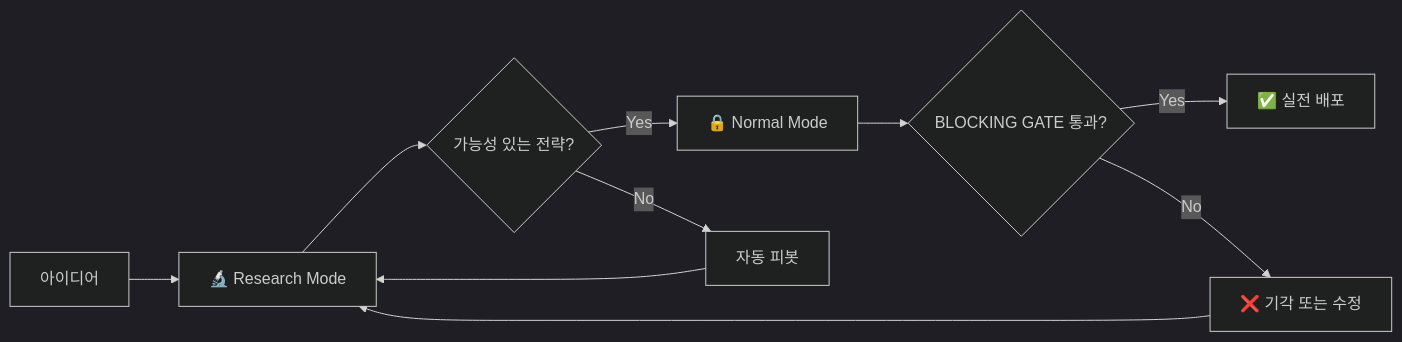
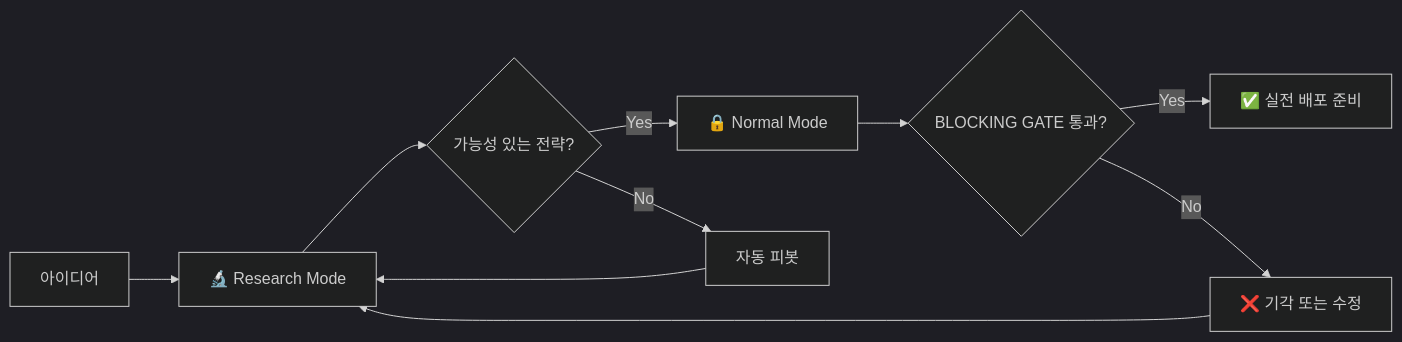
Before and after one commit to bucheoncityboy/OpenCode-Multi-Agent-Research-Team: the diagram in README.md, drawn with Mermaid (dark theme).

````diff
--- a/README.md
+++ b/README.md
@@ -138,12 +138,12 @@
 ```mermaid
 graph LR
     A[아이디어] --> B[🔬 Research Mode]
     B --> C{가능성 있는 전략?}
     C -->|Yes| D[🔒 Normal Mode]
     C -->|No| E[자동 피봇]
     E --> B
     D --> F{BLOCKING GATE 통과?}
-    F -->|Yes| G[✅ 실전 배포]
+    F -->|Yes| G[✅ 실전 배포 준비]
     F -->|No| H[❌ 기각 또는 수정]
     H --> B
 ```
````
